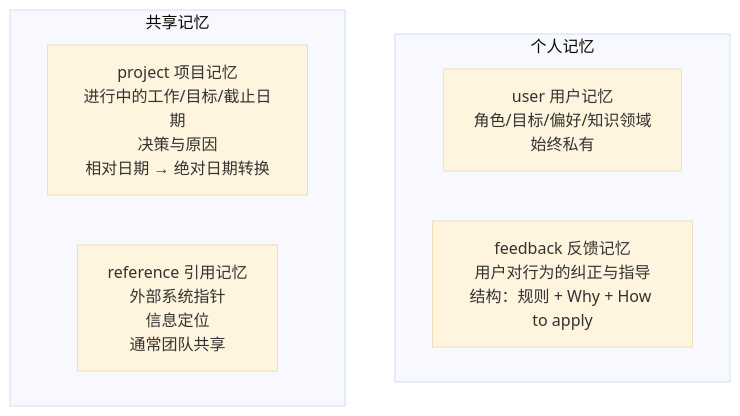
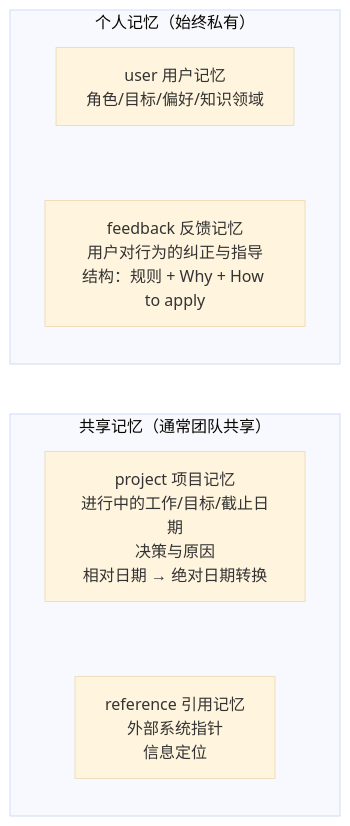
One commit to mingchen666/how-claude-code-works changed the first of 5 diagrams in docs/08-memory-system.md. Above: the diagram before and after it, drawn with Mermaid (base theme). The commit also changed 5 other files, not shown here.

Commit message:
docs: 修复过宽的 mermaid 图，改为纵向布局避免文字挤压

````diff
--- a/docs/08-memory-system.md
+++ b/docs/08-memory-system.md
@@ -35,12 +35,18 @@
 ```mermaid
-graph TD
-    subgraph 个人记忆
-        User[user 用户记忆<br/>角色/目标/偏好/知识领域<br/>始终私有]
+graph TB
+    subgraph 个人记忆 ["个人记忆（始终私有）"]
+        direction TB
+        User[user 用户记忆<br/>角色/目标/偏好/知识领域]
         Feedback[feedback 反馈记忆<br/>用户对行为的纠正与指导<br/>结构：规则 + Why + How to apply]
+        User ~~~ Feedback
     end
 
-    subgraph 共享记忆
+    subgraph 共享记忆 ["共享记忆（通常团队共享）"]
+        direction TB
         Project[project 项目记忆<br/>进行中的工作/目标/截止日期<br/>决策与原因<br/>相对日期 → 绝对日期转换]
-        Reference[reference 引用记忆<br/>外部系统指针<br/>信息定位<br/>通常团队共享]
+        Reference[reference 引用记忆<br/>外部系统指针<br/>信息定位]
+        Project ~~~ Reference
     end
+
+    个人记忆 ~~~ 共享记忆
 ```
````
